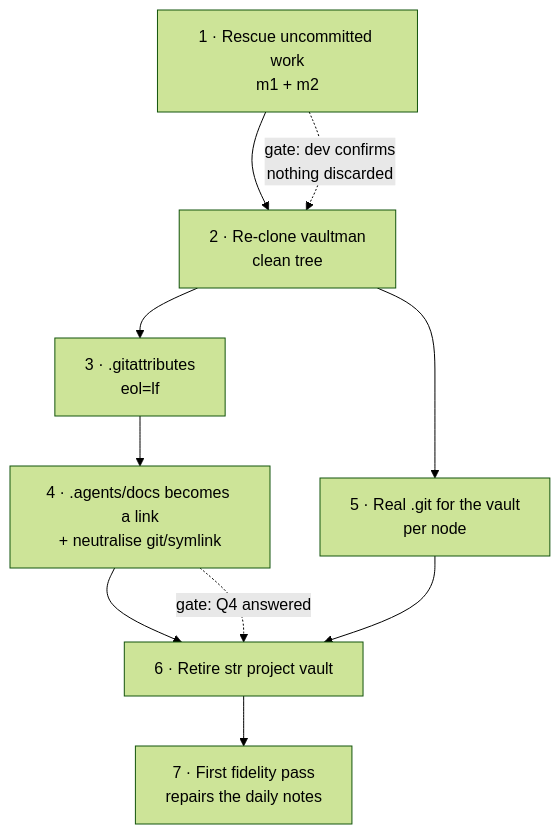
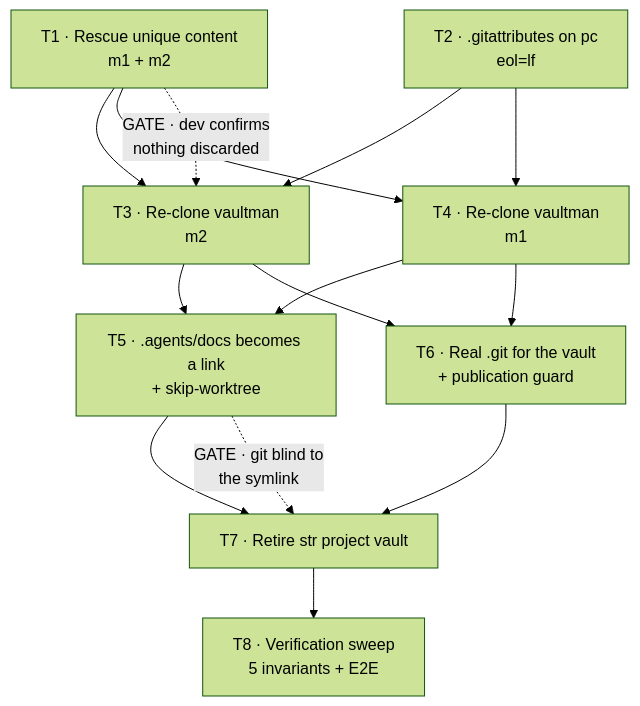
Before and after one commit to Meibbo/Vaultman: the first of 2 diagrams in .agents/docs/work/pkm-ai/items/2026-08-13-node-sync-engine/visuals/node-sync-engine.excalidraw.md, drawn with Mermaid (forest theme). The commit also changed other lines of this file and 5 other files, not shown here.

````diff
--- a/.agents/docs/work/pkm-ai/items/2026-08-13-node-sync-engine/visuals/node-sync-engine.excalidraw.md
+++ b/.agents/docs/work/pkm-ai/items/2026-08-13-node-sync-engine/visuals/node-sync-engine.excalidraw.md
@@ -35,12 +38,25 @@
 ```mermaid
 flowchart TD
-  s1["1 · Rescue uncommitted work<br/>m1 + m2"] --> s2["2 · Re-clone vaultman<br/>clean tree"]
-  s2 --> s3["3 · .gitattributes<br/>eol=lf"]
-  s3 --> s4["4 · .agents/docs becomes a link<br/>+ neutralise git/symlink"]
-  s2 --> s5["5 · Real .git for the vault<br/>per node"]
-  s4 --> s6["6 · Retire str project vault"]
-  s5 --> s6
-  s6 --> s7["7 · First fidelity pass<br/>repairs the daily notes"]
-  s1 -.->|"gate: dev confirms<br/>nothing discarded"| s2
-  s4 -.->|"gate: Q4 answered"| s6
+  t1["T1 · Rescue unique content<br/>m1 + m2"]
+  t2["T2 · .gitattributes on pc<br/>eol=lf"]
+  t3["T3 · Re-clone vaultman<br/>m2"]
+  t4["T4 · Re-clone vaultman<br/>m1"]
+  t5["T5 · .agents/docs becomes a link<br/>+ skip-worktree"]
+  t6["T6 · Real .git for the vault<br/>+ publication guard"]
+  t7["T7 · Retire str project vault"]
+  t8["T8 · Verification sweep<br/>5 invariants + E2E"]
+
+  t1 --> t3
+  t1 --> t4
+  t2 --> t3
+  t2 --> t4
+  t3 --> t5
+  t4 --> t5
+  t3 --> t6
+  t4 --> t6
+  t5 --> t7
+  t6 --> t7
+  t7 --> t8
+  t1 -.->|"GATE · dev confirms<br/>nothing discarded"| t3
+  t5 -.->|"GATE · git blind to<br/>the symlink"| t7
 ```
````
